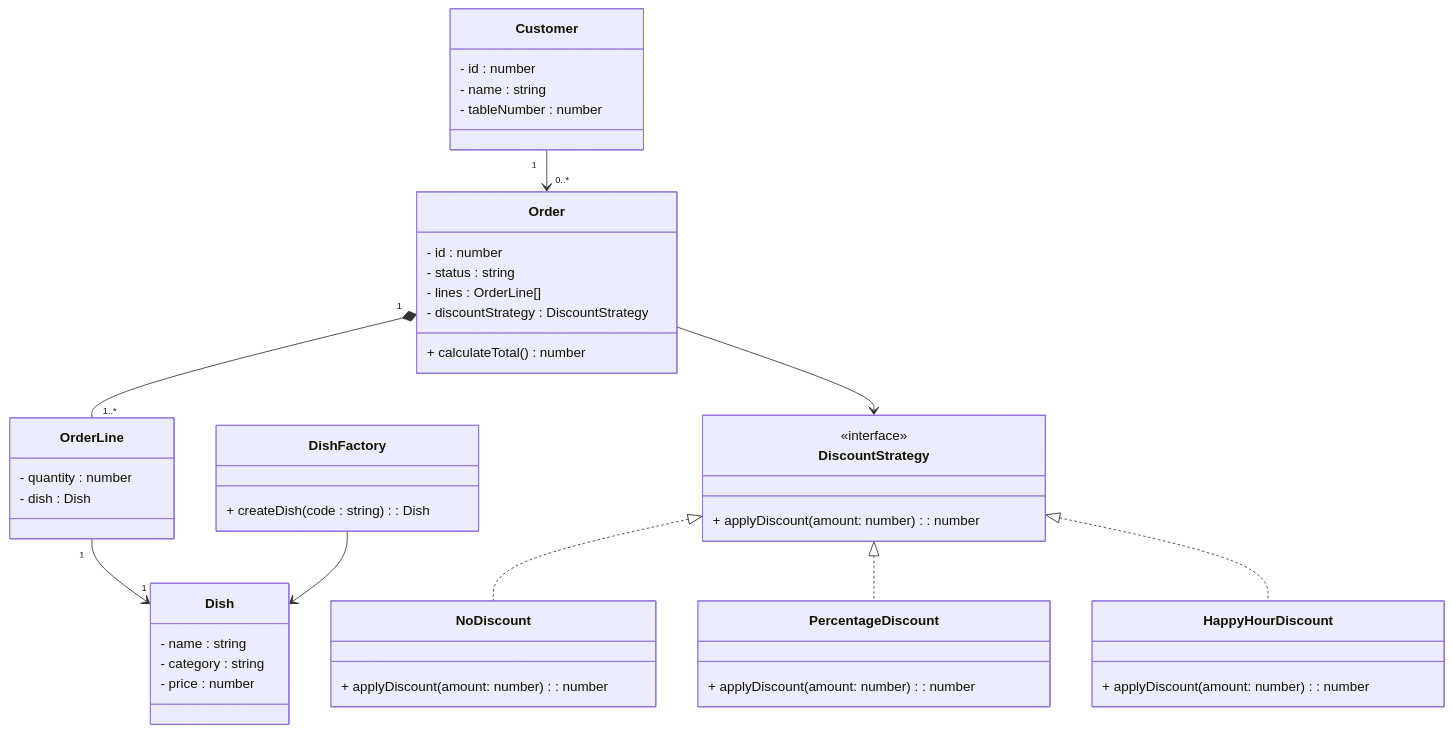
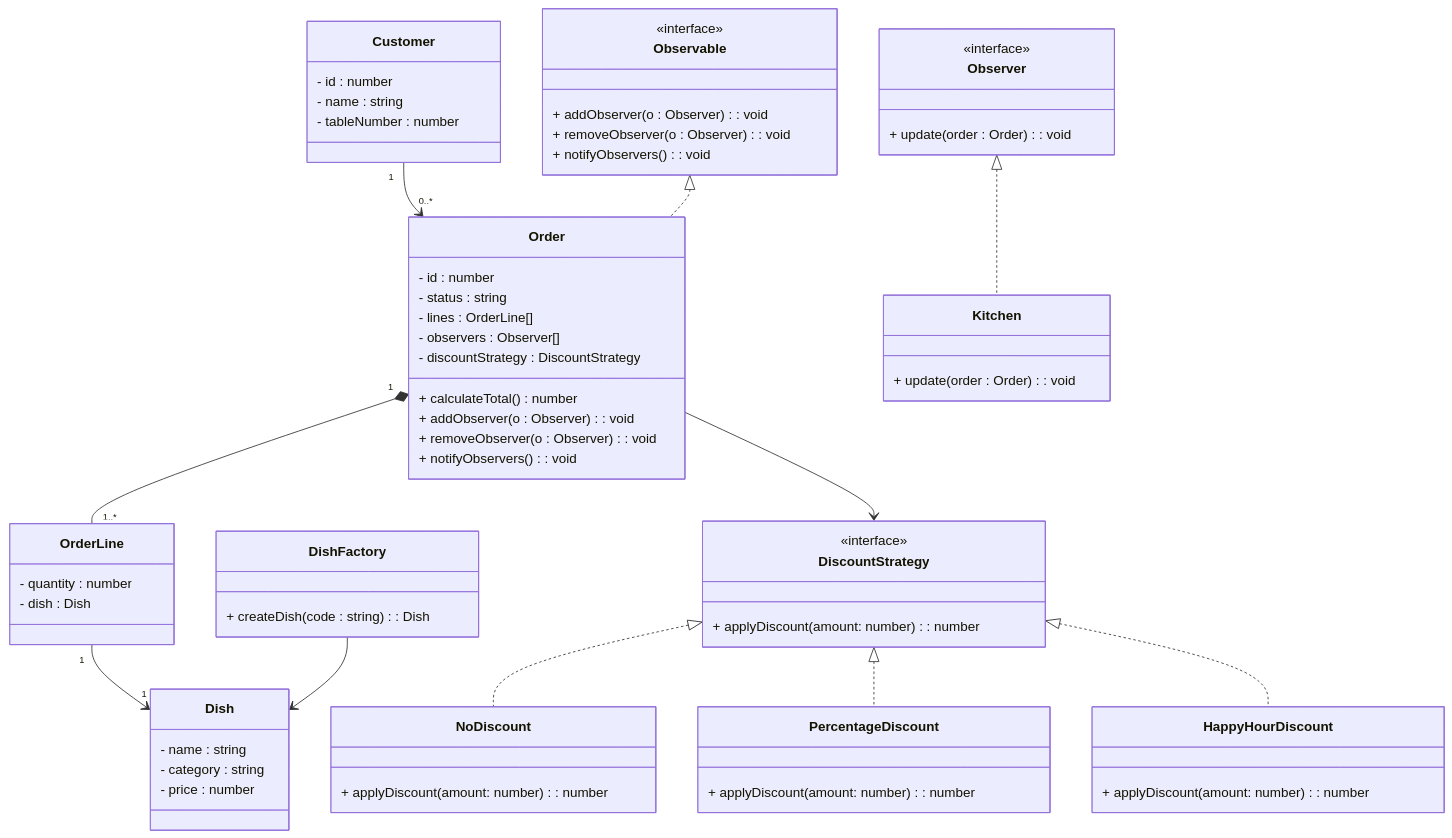
Before and after one commit to Marjo14/Exo-marre: the diagram in Commande-Restaurant/commande-restaurant.md, drawn with Mermaid.

Commit message:
Implement observer pattern

````diff
--- a/Commande-Restaurant/commande-restaurant.md
+++ b/Commande-Restaurant/commande-restaurant.md
@@ -10,58 +10,82 @@
  ```mermaid
 classDiagram
 class Order {
   - id : number
   - status : string
   - lines : OrderLine[]
+  - observers : Observer[]
   - discountStrategy : DiscountStrategy
   + calculateTotal() number
+  + addObserver(o : Observer) : void
+  + removeObserver(o : Observer) : void
+  + notifyObservers() : void
 }
+
 class OrderLine {
   - quantity : number
   - dish : Dish
 }
 class Dish {
   - name : string
   - category : string
   - price : number
 }
 class Customer {
   - id : number
   - name : string
   - tableNumber : number
 }
 
 class DishFactory {
   + createDish(code : string) : Dish
 }
 
 class DiscountStrategy {
   <<interface>>
   + applyDiscount(amount: number) : number
 }
 
 class NoDiscount {
   + applyDiscount(amount: number) : number
 }
 
 class PercentageDiscount {
   + applyDiscount(amount: number) : number
 }
 
 class HappyHourDiscount{
   + applyDiscount(amount: number) : number
 }
 
+class Kitchen {
+  + update(order : Order) : void
+}
+
+class Observable {
+  <<interface>>
+  + addObserver(o : Observer) : void
+  + removeObserver(o : Observer) : void
+  + notifyObservers() : void
+}
+
+class Observer {
+  <<interface>>
+  + update(order : Order) : void
+}
+
+
+
 
 Customer "1" --> "0..*" Order
 Order "1" *-- "1..*" OrderLine
 OrderLine "1" --> "1" Dish
 DishFactory --> Dish
 Order --> DiscountStrategy
 DiscountStrategy <|.. NoDiscount
 DiscountStrategy <|.. PercentageDiscount
 DiscountStrategy <|.. HappyHourDiscount
-
+Observable <|.. Order
+Observer <|.. Kitchen
 
 
 ```
````
